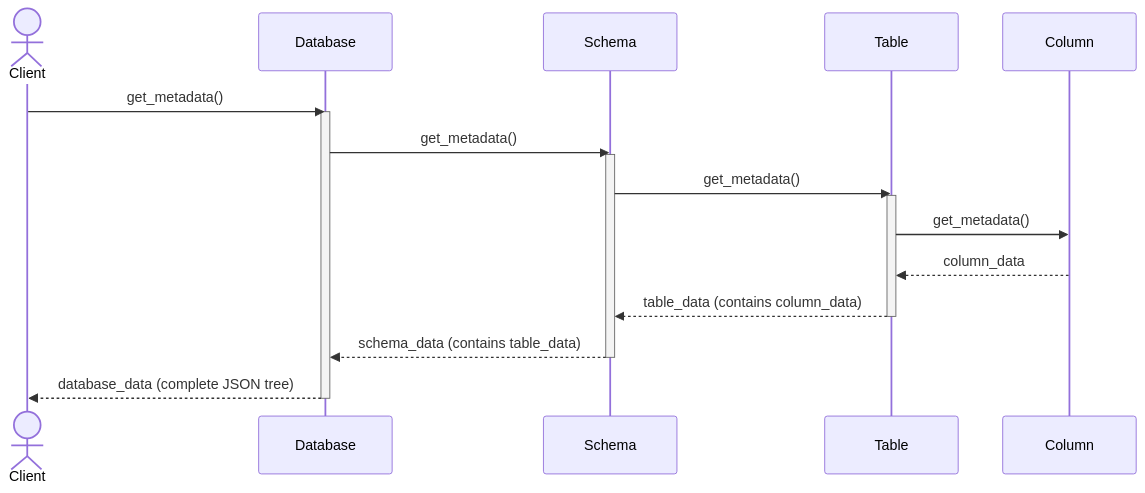
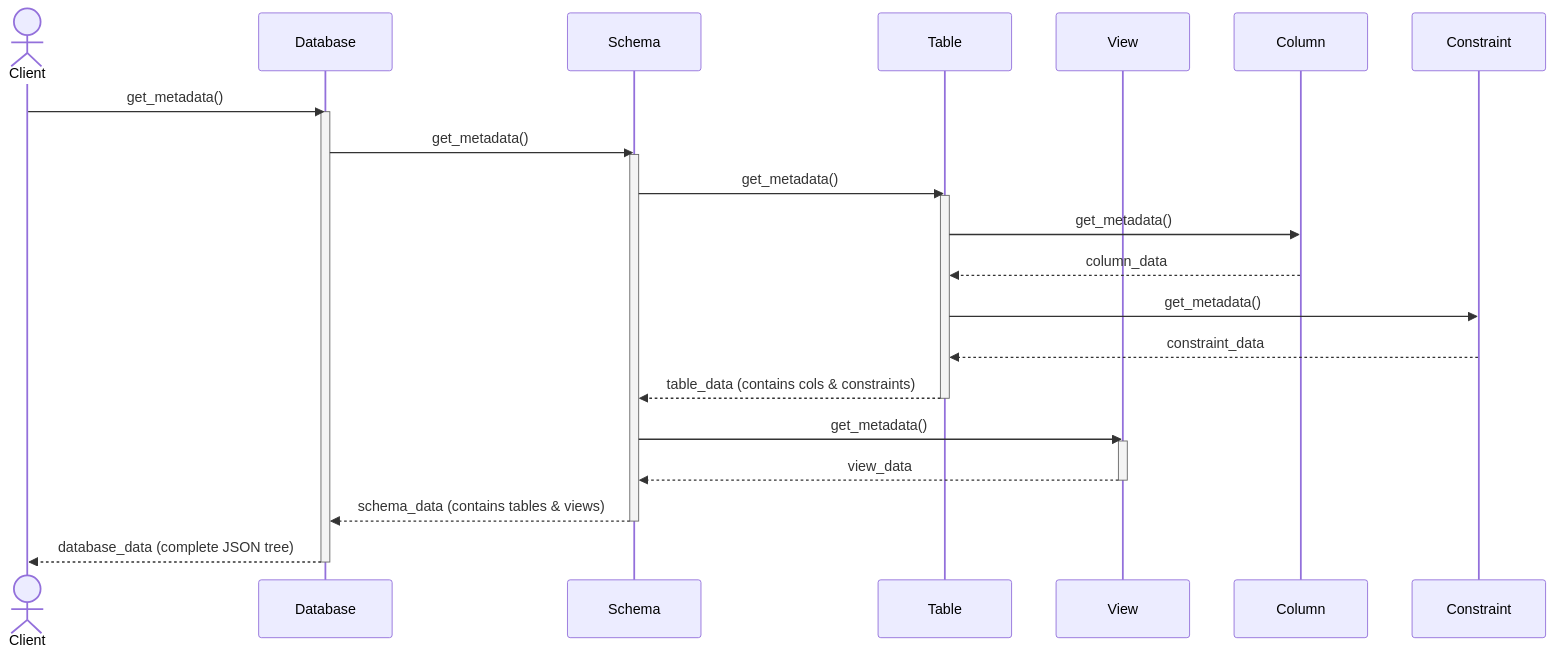
Before and after one commit to TamBui1706/DBMS: the third of 21 diagrams in README.md, drawn with Mermaid. The commit also changed other lines of this file, not shown here.

````diff
--- a/README.md
+++ b/README.md
@@ -224,29 +238,38 @@
 ```mermaid
 sequenceDiagram
     actor Client
     participant DB as Database
     participant Sch as Schema
     participant Tbl as Table
+    participant Vw as View
     participant Col as Column
+    participant Cst as Constraint
 
     Client->>DB: get_metadata()
     activate DB
     
     DB->>Sch: get_metadata()
     activate Sch
     
+    %% Processing Table branch
     Sch->>Tbl: get_metadata()
     activate Tbl
-    
     Tbl->>Col: get_metadata()
     Col-->>Tbl: column_data
-    
-    Tbl-->>Sch: table_data (contains column_data)
+    Tbl->>Cst: get_metadata()
+    Cst-->>Tbl: constraint_data
+    Tbl-->>Sch: table_data (contains cols & constraints)
     deactivate Tbl
     
-    Sch-->>DB: schema_data (contains table_data)
+    %% Processing View branch
+    Sch->>Vw: get_metadata()
+    activate Vw
+    Vw-->>Sch: view_data
+    deactivate Vw
+    
+    Sch-->>DB: schema_data (contains tables & views)
     deactivate Sch
     
     DB-->>Client: database_data (complete JSON tree)
     deactivate DB
 ```
````
